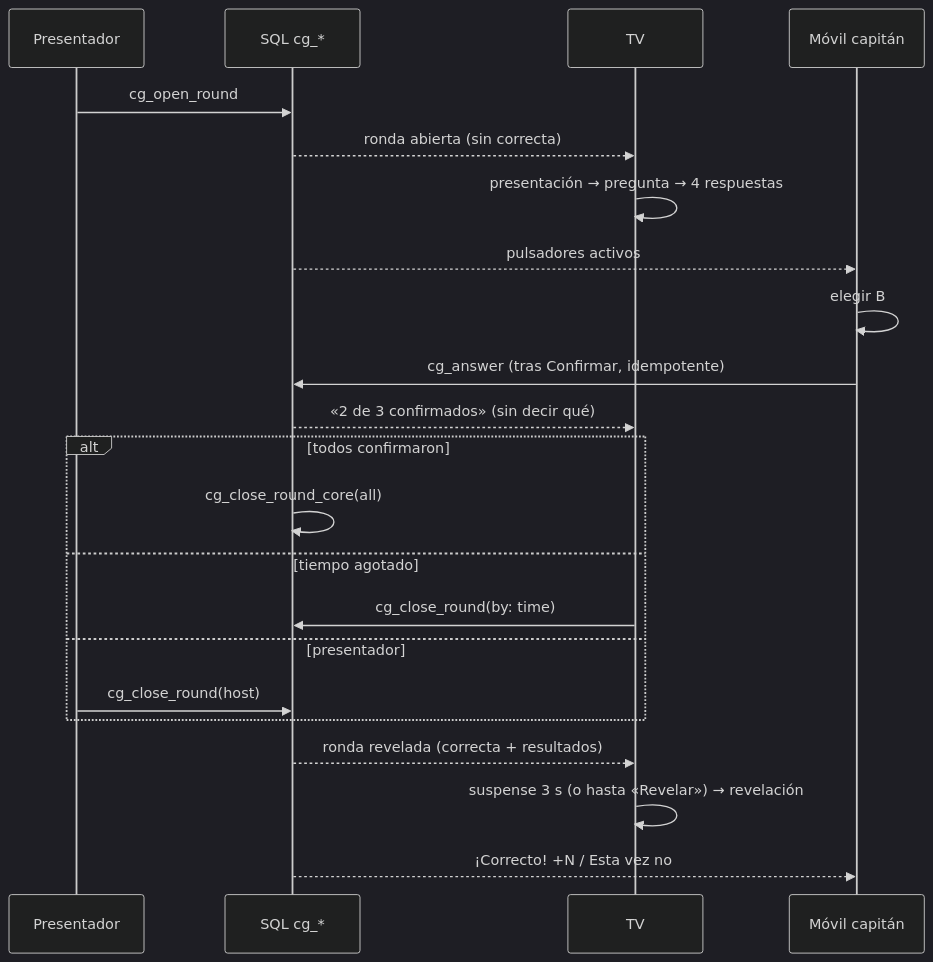
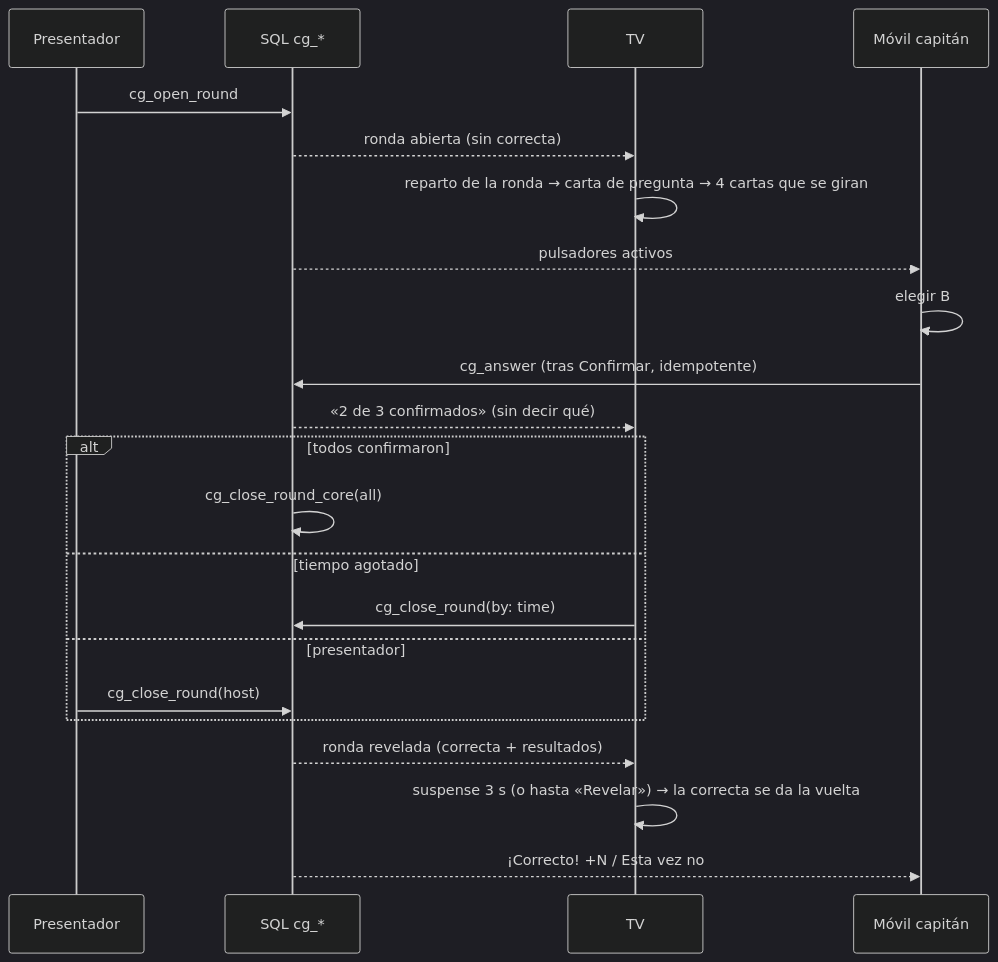
One commit to ElMaxter99/comodin-game changed the second of 5 diagrams in design/FLUJOS.md. Above: the diagram before and after it, drawn with Mermaid (dark theme). The commit also changed 34 other files, not shown here.

````diff
--- a/design/FLUJOS.md
+++ b/design/FLUJOS.md
@@ -21,24 +21,24 @@
 ```mermaid
 sequenceDiagram
     participant H as Presentador
     participant S as SQL cg_*
     participant T as TV
     participant M as Móvil capitán
     H->>S: cg_open_round
     S-->>T: ronda abierta (sin correcta)
-    T->>T: presentación → pregunta → 4 respuestas
+    T->>T: reparto de la ronda → carta de pregunta → 4 cartas que se giran
     S-->>M: pulsadores activos
     M->>M: elegir B
     M->>S: cg_answer (tras Confirmar, idempotente)
     S-->>T: «2 de 3 confirmados» (sin decir qué)
     alt todos confirmaron
         S->>S: cg_close_round_core(all)
     else tiempo agotado
         T->>S: cg_close_round(by: time)
     else presentador
         H->>S: cg_close_round(host)
     end
     S-->>T: ronda revelada (correcta + resultados)
-    T->>T: suspense 3 s (o hasta «Revelar») → revelación
+    T->>T: suspense 3 s (o hasta «Revelar») → la correcta se da la vuelta
     S-->>M: ¡Correcto! +N / Esta vez no
 ```
````
